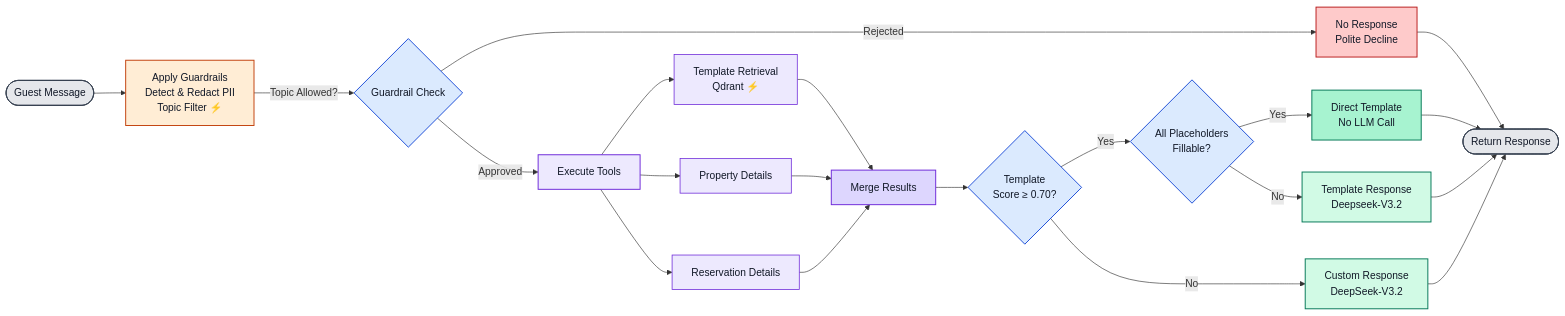
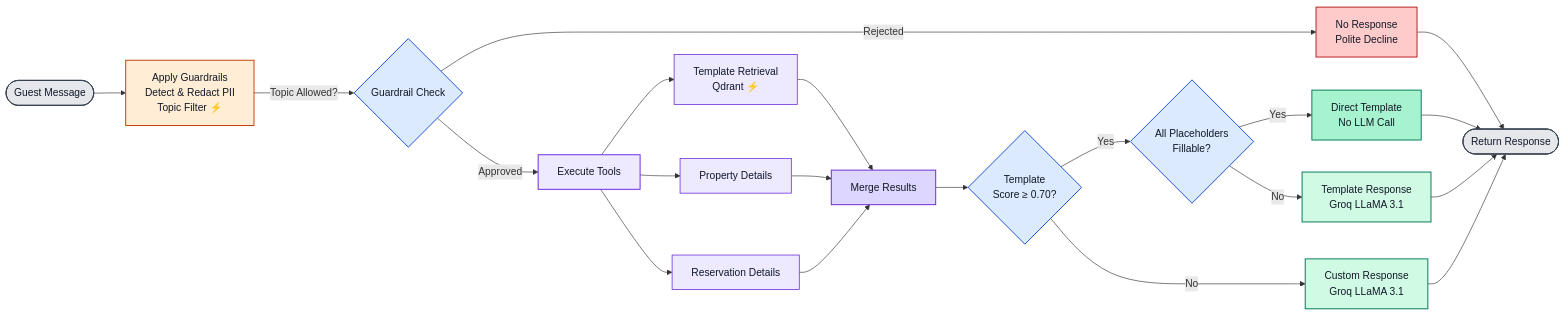
The diagram in README.md (tyagiprnv/AI-Guest-Response-Agent), drawn with Mermaid before and after one commit. The commit also changed other lines of this file and 6 other files, not shown here.

````diff
--- a/README.md
+++ b/README.md
@@ -20,57 +20,57 @@
 ```mermaid
 graph LR
     Start([Guest Message]) --> Guardrails[Apply Guardrails<br/>Detect & Redact PII<br/>Topic Filter ⚡]
 
     Guardrails -->|Topic Allowed?| Decision{Guardrail Check}
 
     Decision -->|Rejected| NoResponse[No Response<br/>Polite Decline]
     Decision -->|Approved| Tools[Execute Tools]
 
     Tools --> T1[Template Retrieval<br/>Qdrant ⚡]
     Tools --> T2[Property Details]
     Tools --> T3[Reservation Details]
 
     T1 --> Merge[Merge Results]
     T2 --> Merge
     T3 --> Merge
 
     Merge --> ResponseDecision{Template<br/>Score ≥ 0.70?}
 
     ResponseDecision -->|Yes| DirectCheck{All Placeholders<br/>Fillable?}
-    ResponseDecision -->|No| CustomResponse[Custom Response<br/>DeepSeek-V3.2]
+    ResponseDecision -->|No| CustomResponse[Custom Response<br/>Groq LLaMA 3.1]
 
     DirectCheck -->|Yes| DirectTemplate[Direct Template<br/>No LLM Call]
-    DirectCheck -->|No| TemplateResponse[Template Response<br/>Deepseek-V3.2]
+    DirectCheck -->|No| TemplateResponse[Template Response<br/>Groq LLaMA 3.1]
 
     NoResponse --> End([Return Response])
     DirectTemplate --> End
     TemplateResponse --> End
     CustomResponse --> End
 
     %% Entry / Exit
     style Start fill:#E5E7EB,stroke:#374151,stroke-width:1.5px,color:#111827
     style End fill:#E5E7EB,stroke:#374151,stroke-width:1.5px,color:#111827
 
     %% Guardrails / Safety
     style Guardrails fill:#FFEDD5,stroke:#C2410C,stroke-width:1.5px,color:#111827
     style NoResponse fill:#FECACA,stroke:#B91C1C,stroke-width:1.5px,color:#111827
 
     %% Decisions
     style Decision fill:#DBEAFE,stroke:#1D4ED8,stroke-width:1.5px,color:#111827
     style ResponseDecision fill:#DBEAFE,stroke:#1D4ED8,stroke-width:1.5px,color:#111827
     style DirectCheck fill:#DBEAFE,stroke:#1D4ED8,stroke-width:1.5px,color:#111827
 
     %% Tool execution
     style Tools fill:#EDE9FE,stroke:#6D28D9,stroke-width:1.5px,color:#111827
     style T1 fill:#EDE9FE,stroke:#6D28D9,stroke-width:1.2px,color:#111827
     style T2 fill:#EDE9FE,stroke:#6D28D9,stroke-width:1.2px,color:#111827
     style T3 fill:#EDE9FE,stroke:#6D28D9,stroke-width:1.2px,color:#111827
     style Merge fill:#DDD6FE,stroke:#6D28D9,stroke-width:1.5px,color:#111827
 
     %% Successful responses
     style DirectTemplate fill:#A7F3D0,stroke:#047857,stroke-width:1.5px,color:#111827
     style TemplateResponse fill:#D1FAE5,stroke:#047857,stroke-width:1.5px,color:#111827
     style CustomResponse fill:#D1FAE5,stroke:#047857,stroke-width:1.5px,color:#111827
 
 
 ```
````
